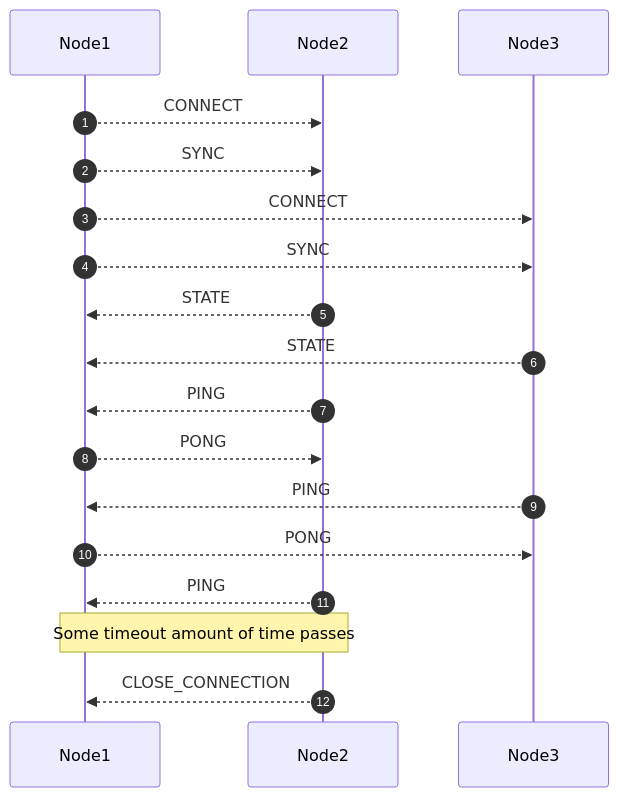
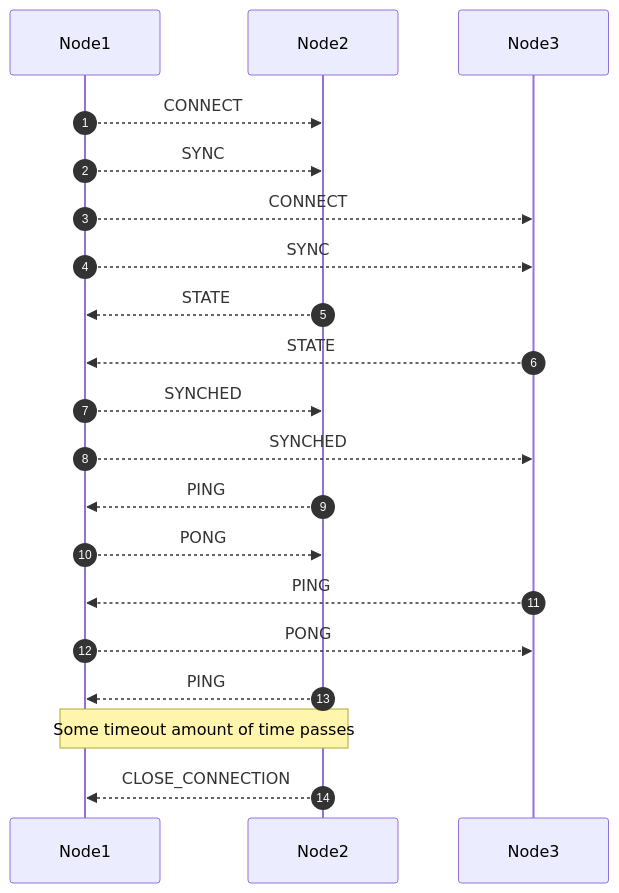
Before and after one commit to quatrix/beatboxer: the fourth of 4 diagrams in README.md, drawn with Mermaid. The commit also changed 4 other files, not shown here.

````diff
--- a/README.md
+++ b/README.md
@@ -182,20 +182,22 @@
 ```mermaid
 sequenceDiagram
     autonumber
     participant Node1
     participant Node2
     participant Node3
     Node1-->>Node2: CONNECT
     Node1-->>Node2: SYNC
     Node1-->>Node3: CONNECT
     Node1-->>Node3: SYNC
     Node2-->>Node1: STATE
     Node3-->>Node1: STATE
+    Node1-->>Node2: SYNCHED
+    Node1-->>Node3: SYNCHED
     Node2-->>Node1: PING
     Node1-->>Node2: PONG
     Node3-->>Node1: PING
     Node1-->>Node3: PONG
     Node2-->>Node1: PING
     Note over Node2,Node1: Some timeout amount of time passes
     Node2-->>Node1: CLOSE_CONNECTION
 ```
````
